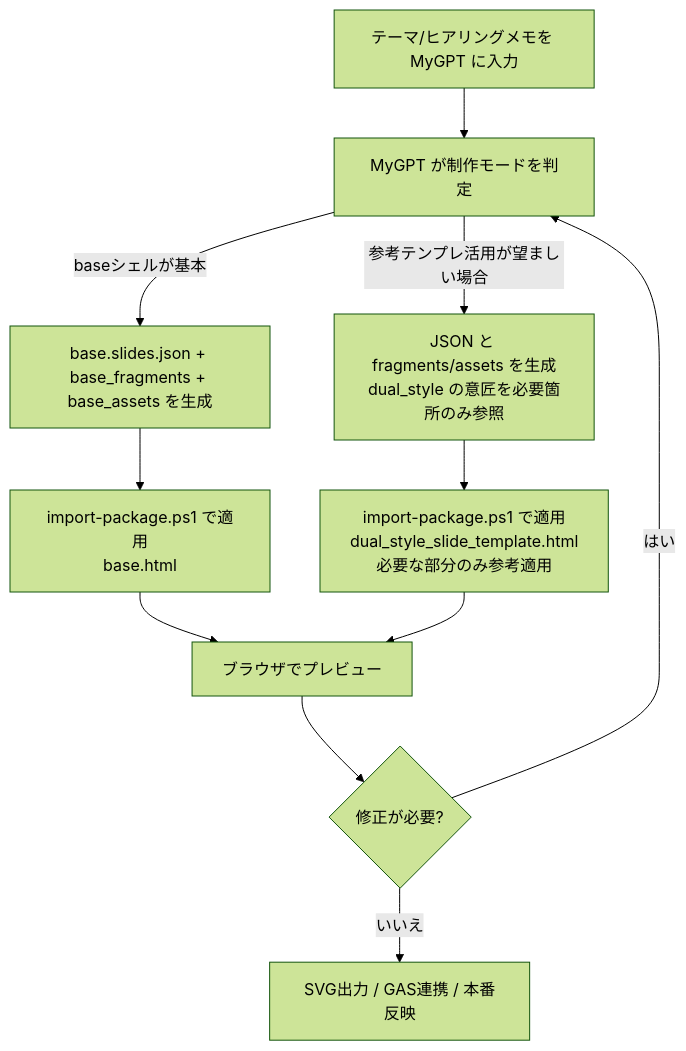
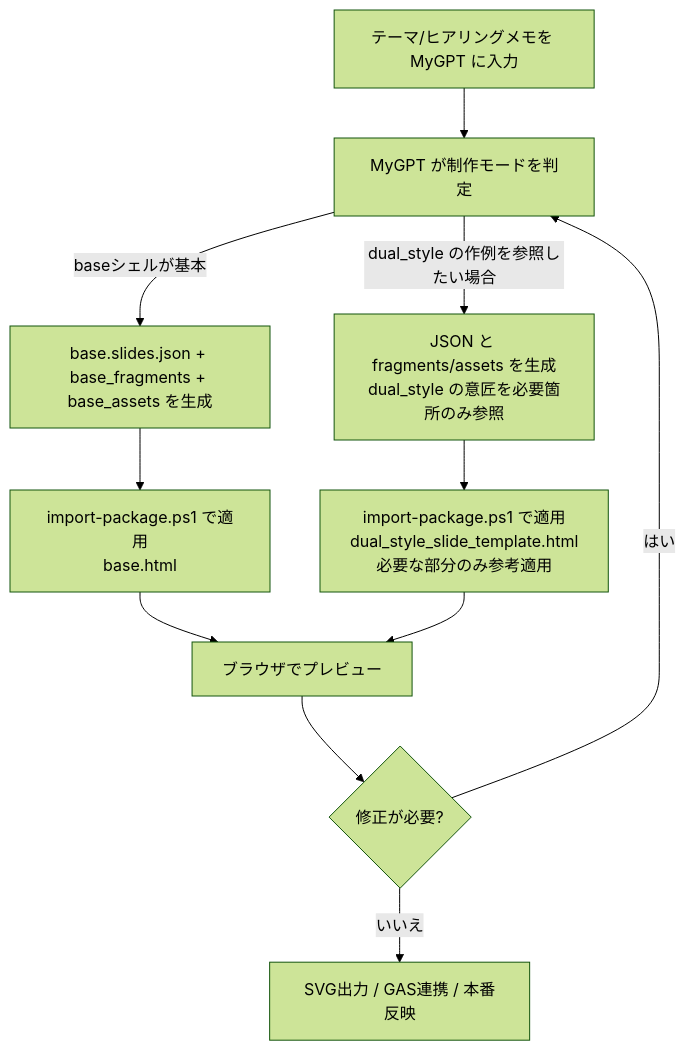
One commit to junTaniguchi/slide_template changed the first of 2 diagrams in README.md. Above: the diagram before and after it, drawn with Mermaid (forest theme). The commit also changed other lines of this file and 1 other file, not shown here.

Commit message:
Clarify dual style template is only an example

````diff
--- a/README.md
+++ b/README.md
@@ -119,13 +120,13 @@
 ```mermaid
 flowchart TD
   A[テーマ/ヒアリングメモを MyGPT に入力] --> B[MyGPT が制作モードを判定]
   B -- baseシェルが基本 --> C[base.slides.json + base_fragments + base_assets を生成]
-  B -- 参考テンプレ活用が望ましい場合 --> D[JSON と fragments/assets を生成<br/>dual_style の意匠を必要箇所のみ参照]
+  B -- dual_style の作例を参照したい場合 --> D[JSON と fragments/assets を生成<br/>dual_style の意匠を必要箇所のみ参照]
   C --> E[import-package.ps1 で適用<br/>base.html]
   D --> F[import-package.ps1 で適用<br/>dual_style_slide_template.html\n必要な部分のみ参考適用]
   E --> G[ブラウザでプレビュー]
   F --> G
   G --> H{修正が必要?}
   H -- はい --> B
   H -- いいえ --> I[SVG出力 / GAS連携 / 本番反映]
 ```
````
